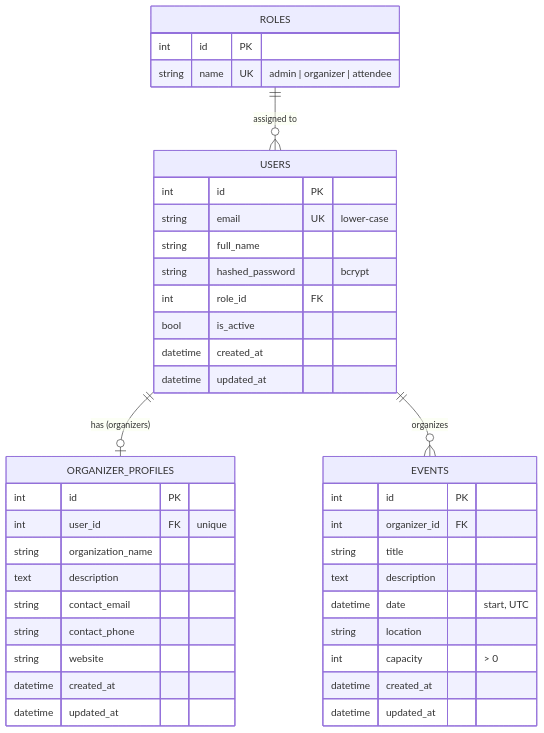
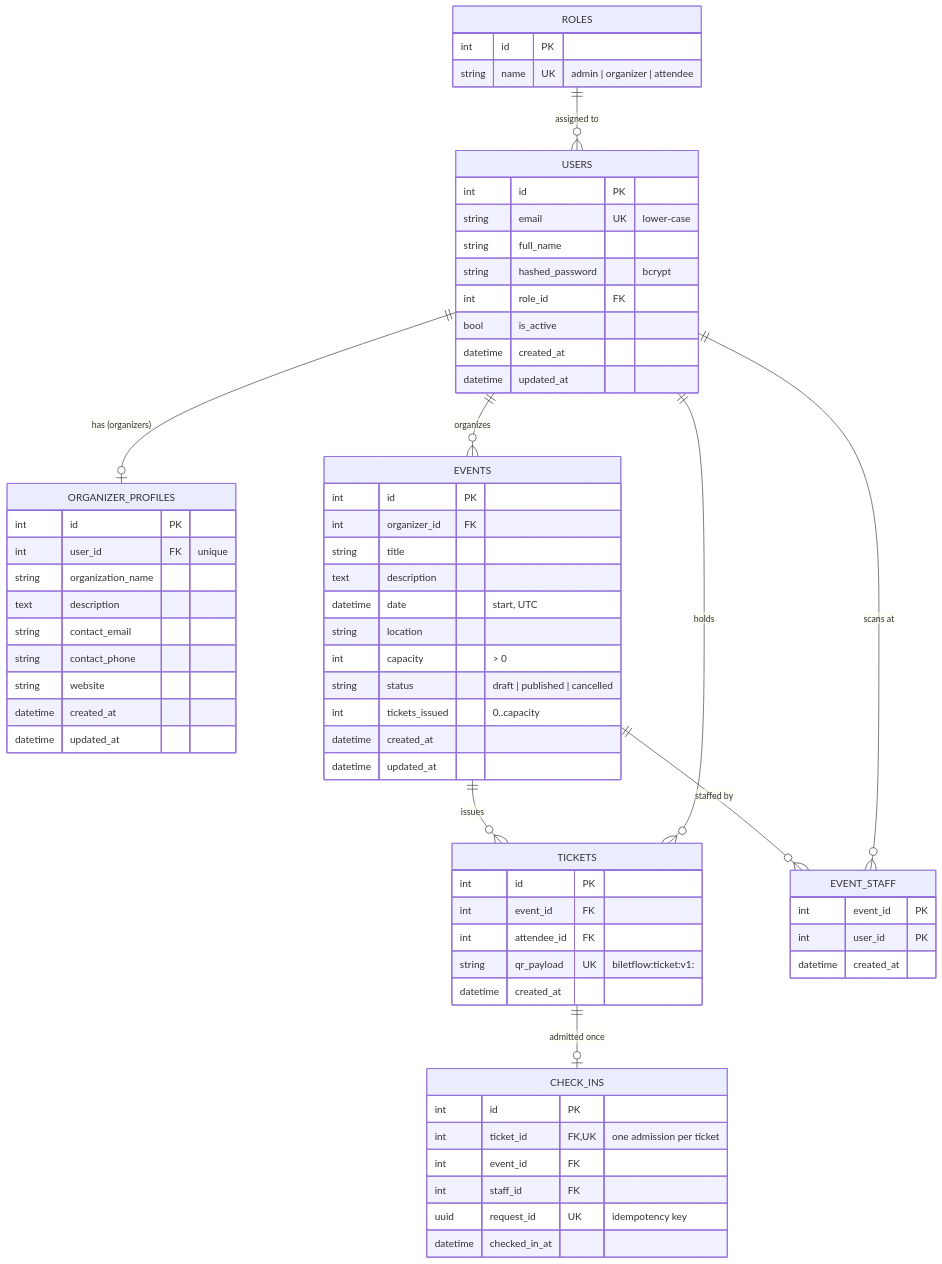
The second of 2 diagrams in docs/architecture.md (IliyasNU/palantir), drawn with Mermaid before and after one commit. The commit also changed other lines of this file and 35 other files, not shown here.

First line of the commit message:
feat(backend): add tickets, per-event staff and idempotent check-in

````diff
--- a/docs/architecture.md
+++ b/docs/architecture.md
@@ -42,43 +43,70 @@
 ```mermaid
 erDiagram
     ROLES ||--o{ USERS : "assigned to"
     USERS ||--o| ORGANIZER_PROFILES : "has (organizers)"
     USERS ||--o{ EVENTS : "organizes"
+    EVENTS ||--o{ TICKETS : "issues"
+    USERS ||--o{ TICKETS : "holds"
+    EVENTS ||--o{ EVENT_STAFF : "staffed by"
+    USERS ||--o{ EVENT_STAFF : "scans at"
+    TICKETS ||--o| CHECK_INS : "admitted once"
 
     ROLES {
         int id PK
         string name UK "admin | organizer | attendee"
     }
     USERS {
         int id PK
         string email UK "lower-case"
         string full_name
         string hashed_password "bcrypt"
         int role_id FK
         bool is_active
         datetime created_at
         datetime updated_at
     }
     ORGANIZER_PROFILES {
         int id PK
         int user_id FK "unique"
         string organization_name
         text description
         string contact_email
         string contact_phone
         string website
         datetime created_at
         datetime updated_at
     }
     EVENTS {
         int id PK
         int organizer_id FK
         string title
         text description
         datetime date "start, UTC"
         string location
         int capacity "> 0"
+        string status "draft | published | cancelled"
+        int tickets_issued "0..capacity"
         datetime created_at
         datetime updated_at
     }
+    TICKETS {
+        int id PK
+        int event_id FK
+        int attendee_id FK
+        string qr_payload UK "biletflow:ticket:v1:<random>"
+        datetime created_at
+    }
+    EVENT_STAFF {
+        int event_id PK
+        int user_id PK
+        datetime created_at
+    }
+    CHECK_INS {
+        int id PK
+        int ticket_id FK,UK "one admission per ticket"
+        int event_id FK
+        int staff_id FK
+        uuid request_id UK "idempotency key"
+        datetime checked_in_at
+    }
 ```
````
